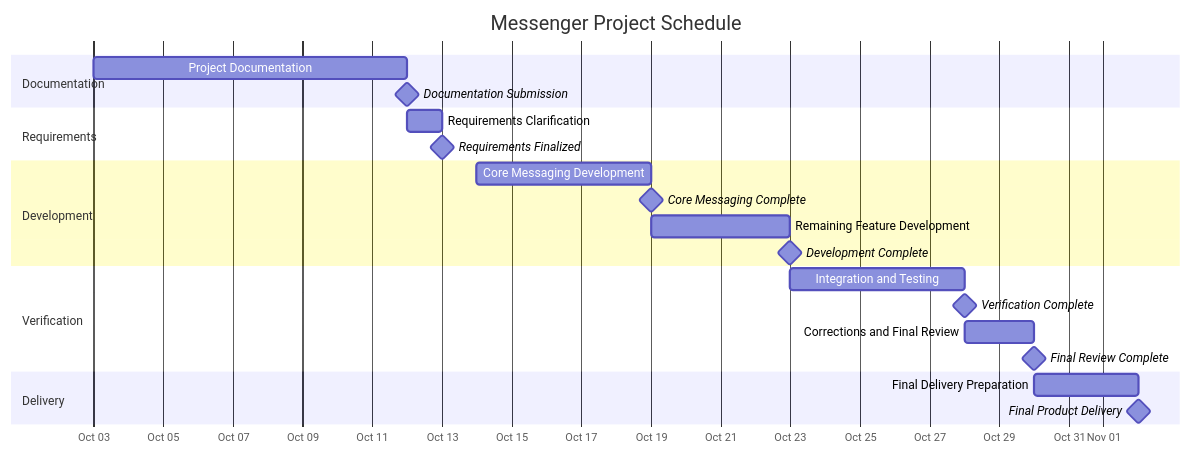
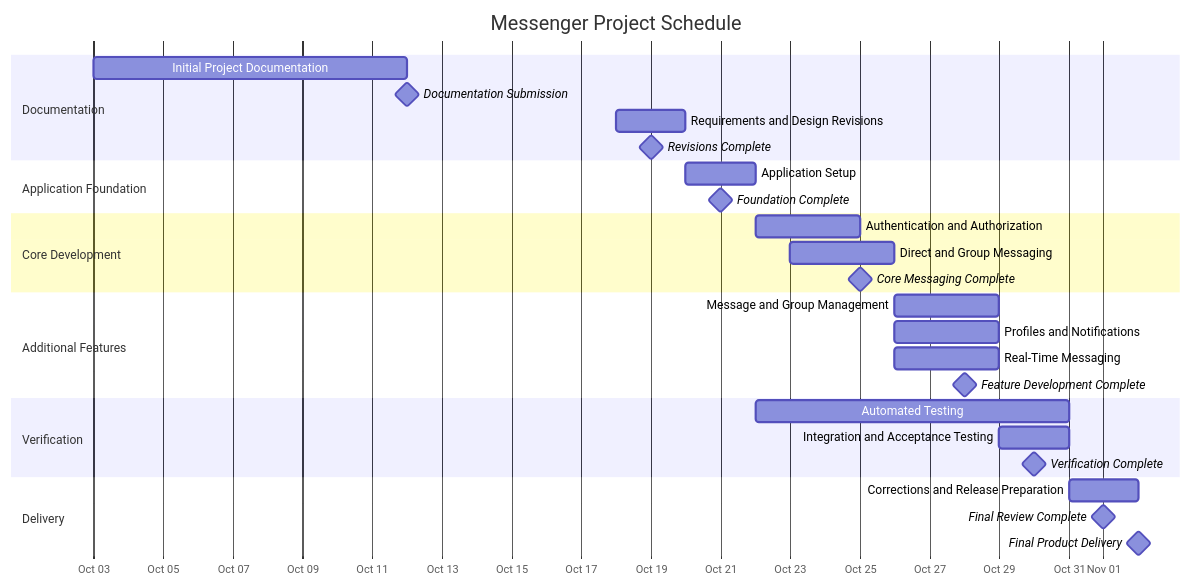
The diagram in docs/statement-of-work.md (hamiltons15/messenger-assignment), drawn with Mermaid before and after one commit. The commit also changed other lines of this file, not shown here.

Commit message:
IA-06 revisions

````diff
--- a/docs/statement-of-work.md
+++ b/docs/statement-of-work.md
@@ -184,36 +220,37 @@
 ```mermaid
 gantt
     title Messenger Project Schedule
     dateFormat YYYY-MM-DD
     axisFormat %b %d
-    
 
     section Documentation
-    Project Documentation          :doc, 2026-10-03, 2026-10-12
-    Documentation Submission       :milestone, m1, 2026-10-12, 0d
+    Initial Project Documentation       :doc, 2026-10-03, 2026-10-12
+    Documentation Submission            :milestone, m1, 2026-10-12, 0d
+    Requirements and Design Revisions   :revisions, 2026-10-18, 2d
+    Revisions Complete                  :milestone, m2, 2026-10-19, 0d
 
-    section Requirements
-    Requirements Clarification     :req, 2026-10-12, 2026-10-13
-    Requirements Finalized         :milestone, m2, 2026-10-13, 0d
+    section Application Foundation
+    Application Setup                   :setup, 2026-10-20, 2d
+    Foundation Complete                 :milestone, m3, 2026-10-21, 0d
 
-    section Development
-    Core Messaging Development     :core, 2026-10-14, 5d
-	Core Messaging Complete        :milestone, m3, after core, 0d
+    section Core Development
+    Authentication and Authorization    :auth, 2026-10-22, 3d
+    Direct and Group Messaging          :messaging, 2026-10-23, 3d
+    Core Messaging Complete             :milestone, m4, 2026-10-25, 0d
 
-    Remaining Feature Development :features, after core, 4d
-	Development Complete          :milestone, m4, after features, 0d
-
+    section Additional Features
+    Message and Group Management        :management, 2026-10-26, 3d
+    Profiles and Notifications          :profiles, 2026-10-26, 3d
+    Real-Time Messaging                 :realtime, 2026-10-26, 3d
+    Feature Development Complete        :milestone, m5, 2026-10-28, 0d
 
     section Verification
-    Integration and Testing :testing, after features, 5d
-	Verification Complete   :milestone, m5, after testing, 0d
-
-    Corrections and Final Review :review, after testing, 2d
-	Final Review Complete        :milestone, m6, after review, 0d
-
+    Automated Testing                   :tests, 2026-10-22, 9d
+    Integration and Acceptance Testing  :integration, 2026-10-29, 2d
+    Verification Complete               :milestone, m6, 2026-10-30, 0d
 
     section Delivery
-    Final Delivery Preparation :delivery, after review, 3d
-	Final Product Delivery     :milestone, m7, after delivery, 0d
-
+    Corrections and Release Preparation :release, 2026-10-31, 2d
+    Final Review Complete               :milestone, m7, 2026-11-01, 0d
+    Final Product Delivery              :milestone, m8, 2026-11-02, 0d
 ```
````
